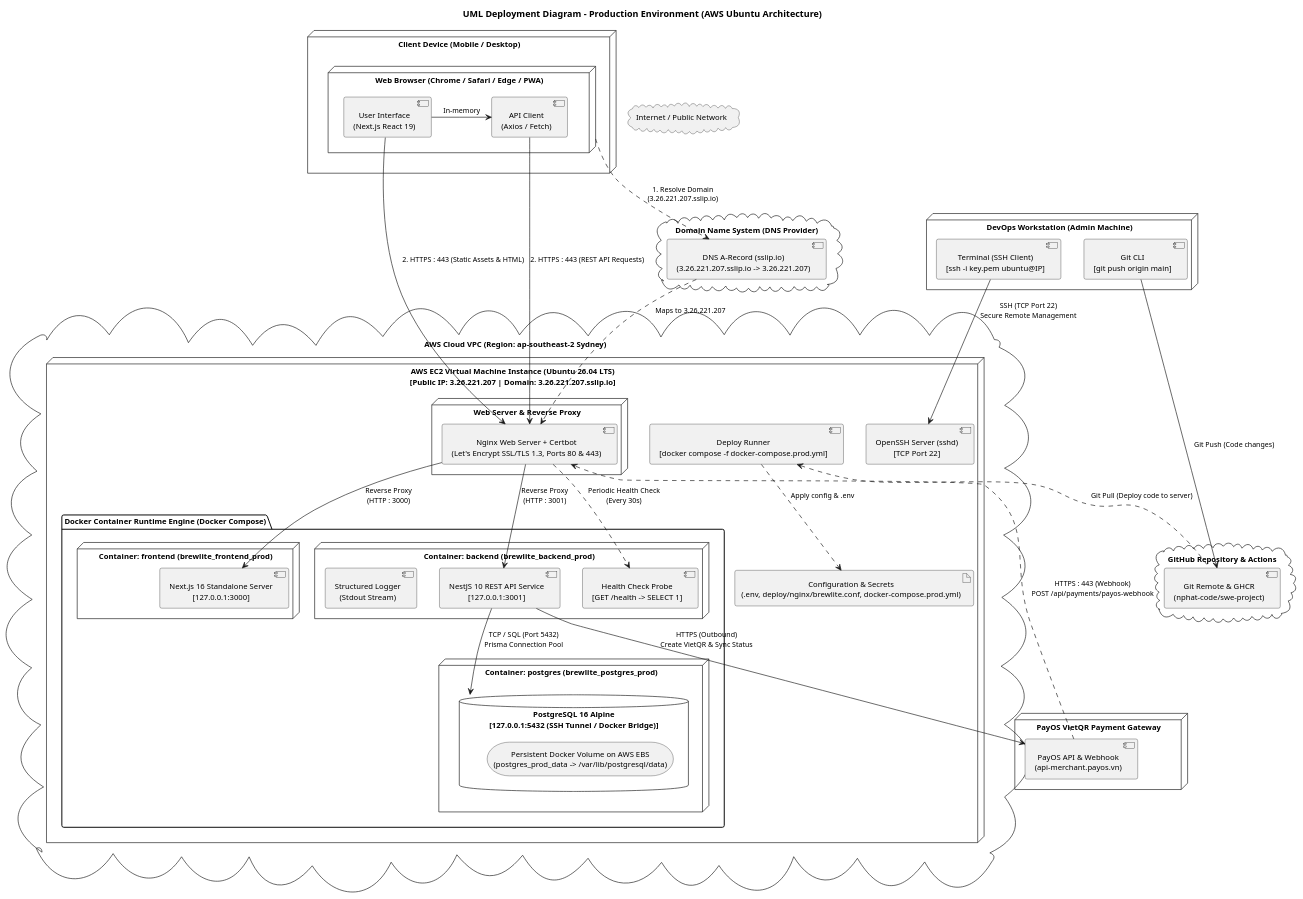
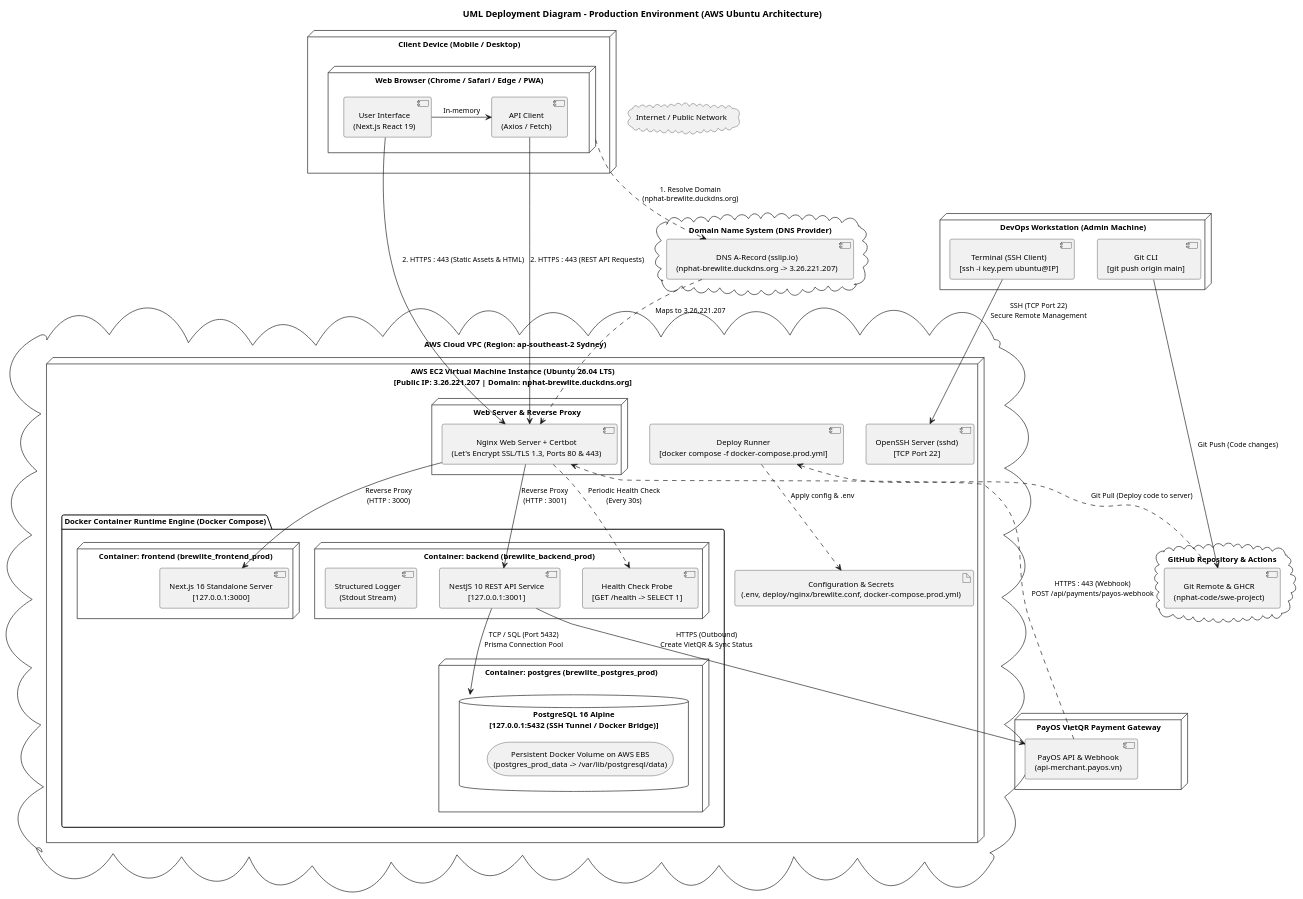
The diagram in docs/diagrams/deployment/deployment-diagram.puml (nphat-code/swe-project), drawn with PlantUML before and after one commit. The commit also changed 13 other files, not shown here.

Commit message:
docs(infra): update production domain to nphat-brewlite.duckdns.org across docs, CD, reports, and diagrams

```diff
--- a/docs/diagrams/deployment/deployment-diagram.puml
+++ b/docs/diagrams/deployment/deployment-diagram.puml
@@ -1,107 +1,107 @@
 @startuml deployment-diagram
 title UML Deployment Diagram - Production Environment (AWS Ubuntu Architecture)
 
 skinparam monochrome true
 skinparam shadowing false
 skinparam roundCorner 6
 skinparam defaultTextAlignment center
 skinparam defaultFontSize 12
 skinparam ArrowFontSize 11
 
 ' ====================================================
 ' 1. CLIENT TIER & DEVOPS
 ' ====================================================
 node "Client Device (Mobile / Desktop)" as clientDevice {
   node "Web Browser (Chrome / Safari / Edge / PWA)" as browser {
     component "User Interface\n(Next.js React 19)" as ui
     component "API Client\n(Axios / Fetch)" as apiClient
     ui -> apiClient : In-memory
   }
 }
 
 node "DevOps Workstation (Admin Machine)" as devopsNode {
   component "Terminal (SSH Client)\n[ssh -i key.pem ubuntu@IP]" as sshClient
   component "Git CLI\n[git push origin main]" as gitClient
 }
 
 ' ====================================================
 ' 2. EXTERNAL CLOUD SERVICES & NETWORK
 ' ====================================================
 cloud "Internet / Public Network" as internet
 
 cloud "Domain Name System (DNS Provider)" as dnsCloud {
-  component "DNS A-Record (sslip.io)\n(3.26.221.207.sslip.io -> 3.26.221.207)" as dnsRecord
+  component "DNS A-Record (sslip.io)\n(nphat-brewlite.duckdns.org -> 3.26.221.207)" as dnsRecord
 }
 
 cloud "GitHub Repository & Actions" as githubCloud {
   component "Git Remote & GHCR\n(nphat-code/swe-project)" as gitRemote
 }
 
 node "PayOS VietQR Payment Gateway" as paymentService {
   component "PayOS API & Webhook\n(api-merchant.payos.vn)" as payosGateway
 }
 
 ' ====================================================
 ' 3. AWS CLOUD INFRASTRUCTURE (UBUNTU SERVER)
 ' ====================================================
 cloud "AWS Cloud VPC (Region: ap-southeast-2 Sydney)" as awsCloud {
 
-  node "AWS EC2 Virtual Machine Instance (Ubuntu 26.04 LTS)\n[Public IP: 3.26.221.207 | Domain: 3.26.221.207.sslip.io]" as ec2Instance {
+  node "AWS EC2 Virtual Machine Instance (Ubuntu 26.04 LTS)\n[Public IP: 3.26.221.207 | Domain: nphat-brewlite.duckdns.org]" as ec2Instance {
     
     component "OpenSSH Server (sshd)\n[TCP Port 22]" as sshd
     component "Deploy Runner\n[docker compose -f docker-compose.prod.yml]" as gitPull
     artifact "Configuration & Secrets\n(.env, deploy/nginx/brewlite.conf, docker-compose.prod.yml)" as appConfig
 
     node "Web Server & Reverse Proxy" as nginxNode {
       component "Nginx Web Server + Certbot\n(Let's Encrypt SSL/TLS 1.3, Ports 80 & 443)" as nginx
     }
 
     package "Docker Container Runtime Engine (Docker Compose)" as dockerEngine {
       
       node "Container: frontend (brewlite_frontend_prod)" as webContainer {
         component "Next.js 16 Standalone Server\n[127.0.0.1:3000]" as nextjsApp
       }
 
       node "Container: backend (brewlite_backend_prod)" as apiContainer {
         component "NestJS 10 REST API Service\n[127.0.0.1:3001]" as nestjsApp
         component "Health Check Probe\n[GET /health -> SELECT 1]" as healthProbe
         component "Structured Logger\n(Stdout Stream)" as logger
       }
 
       node "Container: postgres (brewlite_postgres_prod)" as dbContainer {
         database "PostgreSQL 16 Alpine\n[127.0.0.1:5432 (SSH Tunnel / Docker Bridge)]" as pgEngine {
           storage "Persistent Docker Volume on AWS EBS\n(postgres_prod_data -> /var/lib/postgresql/data)" as ebsVolume
         }
       }
     }
   }
 }
 
 ' ====================================================
 ' 4. CONNECTORS & PROTOCOLS
 ' ====================================================
 ' DNS resolution
-browser ..> dnsRecord : 1. Resolve Domain\n(3.26.221.207.sslip.io)
+browser ..> dnsRecord : 1. Resolve Domain\n(nphat-brewlite.duckdns.org)
 dnsRecord ..> nginx : Maps to 3.26.221.207
 
 ' User traffic to Nginx
 ui --> nginx : 2. HTTPS : 443 (Static Assets & HTML)
 apiClient --> nginx : 2. HTTPS : 443 (REST API Requests)
 
 ' DevOps connections
 gitClient --> gitRemote : Git Push (Code changes)
 gitPull <.. gitRemote : Git Pull (Deploy code to server)
 gitPull ..> appConfig : Apply config & .env
 sshClient --> sshd : SSH (TCP Port 22)\nSecure Remote Management
 
 ' Nginx Reverse Proxy routing
 nginx --> nextjsApp : Reverse Proxy\n(HTTP : 3000)
 nginx --> nestjsApp : Reverse Proxy\n(HTTP : 3001)
 nginx ..> healthProbe : Periodic Health Check\n(Every 30s)
 
 ' Database & External API
 nestjsApp --> pgEngine : TCP / SQL (Port 5432)\nPrisma Connection Pool
 nestjsApp --> payosGateway : HTTPS (Outbound)\nCreate VietQR & Sync Status
 payosGateway ..> nginx : HTTPS : 443 (Webhook)\nPOST /api/payments/payos-webhook
 
 @enduml
```
